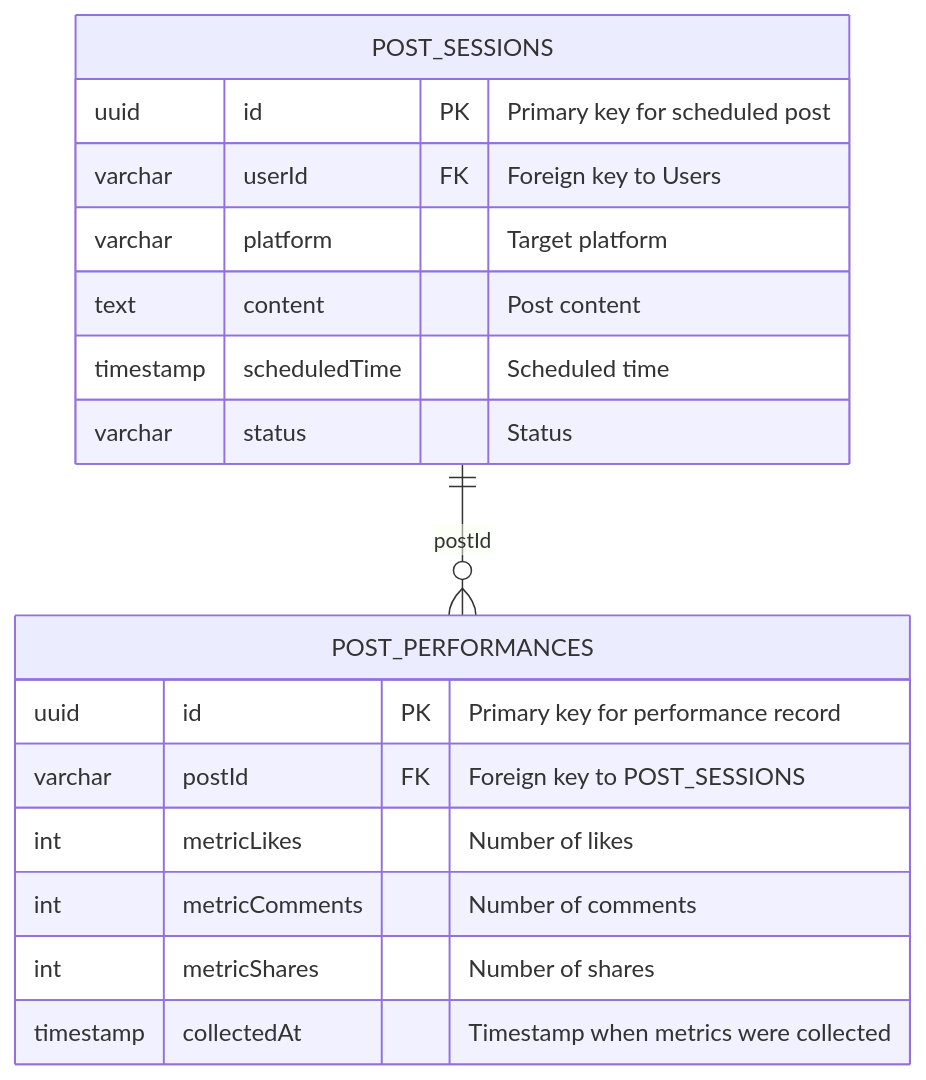
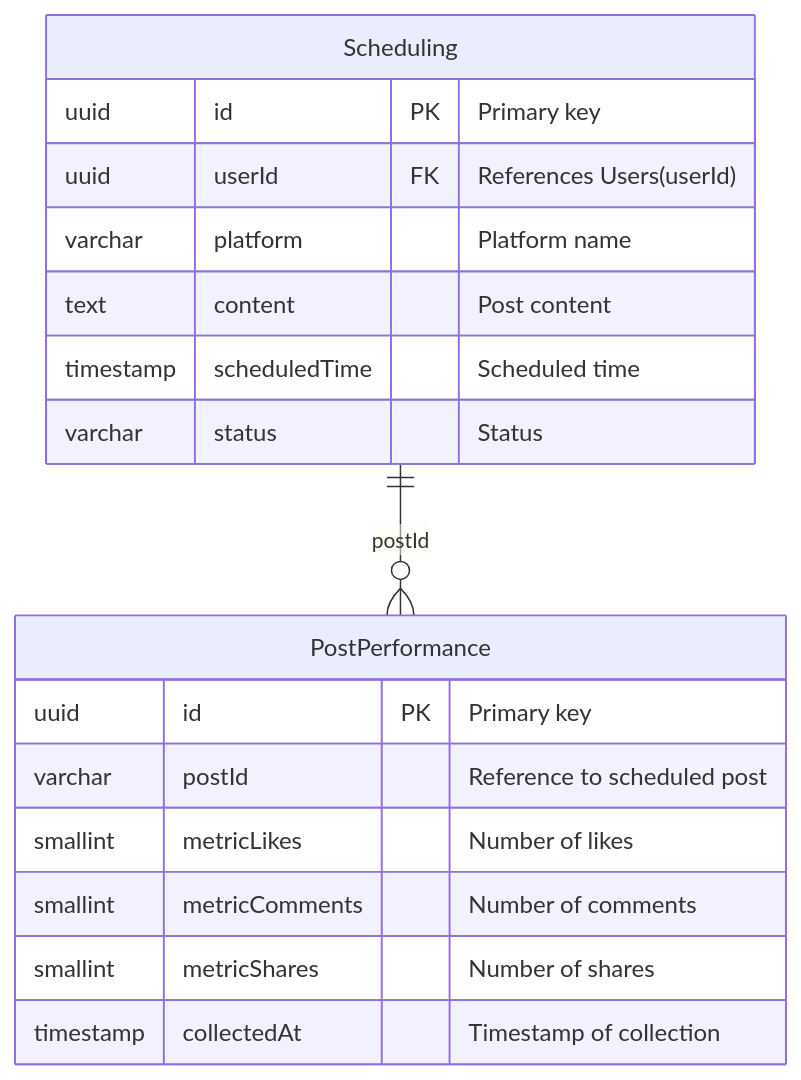
Before and after one commit to hainguyen81/enterprise-it-ai: the third of 4 diagrams in sources/storage/business-analysis/social-scheduler/requirements.md, drawn with Mermaid. The commit also changed other lines of this file and 4 other files, not shown here.

````diff
--- a/sources/storage/business-analysis/social-scheduler/requirements.md
+++ b/sources/storage/business-analysis/social-scheduler/requirements.md
@@ -116,22 +136,20 @@
-```mermaid
-erDiagram
-    POST_SESSIONS {
-        uuid id PK "Primary key for scheduled post"
-        varchar userId FK "Foreign key to Users"
-        varchar platform "Target platform"
-        text content "Post content"
-        timestamp scheduledTime "Scheduled time"
-        varchar status "Status"
-    }
-
-    POST_PERFORMANCES {
-        uuid id PK "Primary key for performance record"
-        varchar postId FK "Foreign key to POST_SESSIONS"
-        int metricLikes "Number of likes"
-        int metricComments "Number of comments"
-        int metricShares "Number of shares"
-        timestamp collectedAt "Timestamp when metrics were collected"
-    }
-
-    POST_SESSIONS ||--o{ POST_PERFORMANCES : "postId"
-```
+    ```mermaid
+    erDiagram
+        Scheduling ||--o{ PostPerformance : "postId"
+        Scheduling {
+          uuid id PK "Primary key"
+          uuid userId FK "References Users(userId)"
+          varchar platform "Platform name"
+          text content "Post content"
+          timestamp scheduledTime "Scheduled time"
+          varchar status "Status"
+        }
+        PostPerformance {
+          uuid id PK "Primary key"
+          varchar postId "Reference to scheduled post"
+          smallint metricLikes "Number of likes"
+          smallint metricComments "Number of comments"
+          smallint metricShares "Number of shares"
+          timestamp collectedAt "Timestamp of collection"
+        }
+    ```
````
